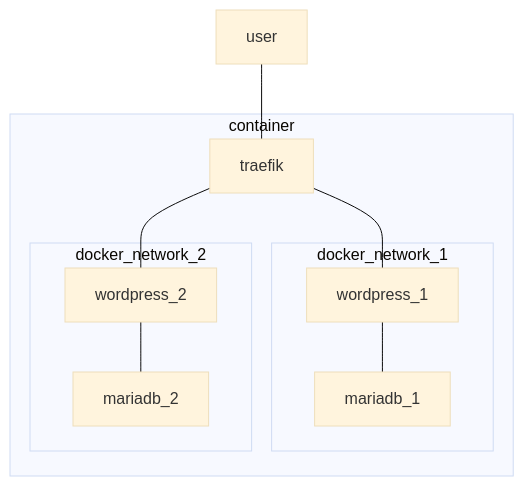
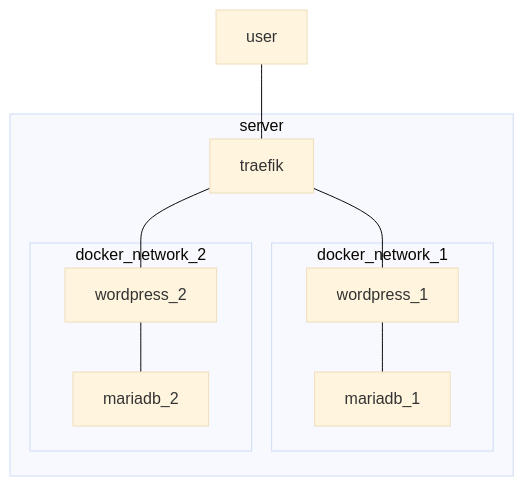
One commit to Floraud/wordpress-docker changed the diagram in README.md. Above: the diagram before and after it, drawn with Mermaid (base theme). The commit also changed other lines of this file and 12 other files, not shown here.

````diff
--- a/README.md
+++ b/README.md
@@ -24,19 +10,19 @@
 ```mermaid
 graph TD;
 
 user---traefik;
 
-subgraph container
+subgraph server
 	traefik---wordpress_1;
 	traefik---wordpress_2;
 
 	subgraph docker_network_1
 		wordpress_1---mariadb_1;
 	end
 
 	subgraph docker_network_2
 		wordpress_2---mariadb_2;
 	end
 end
     
 ```
````
